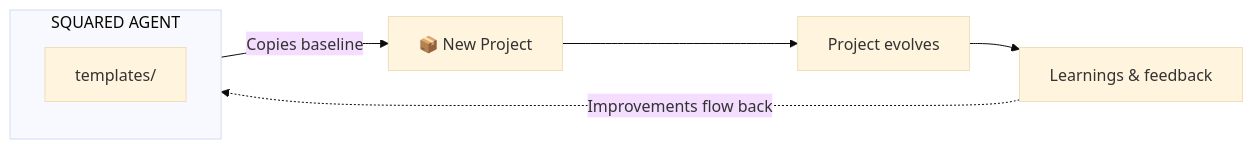
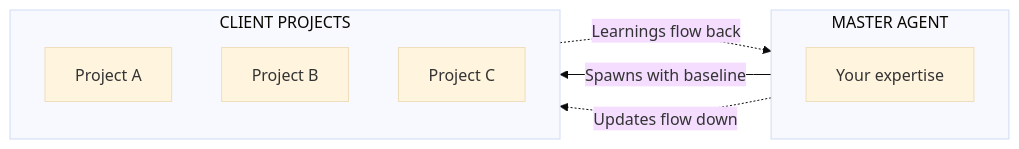
One commit to Squared-Lemons/Squared-Agent changed the eighth of 14 diagrams in README.md. Above: the diagram before and after it, drawn with Mermaid (base theme). The commit also changed other lines of this file and 38 other files, not shown here.

````diff
--- a/README.md
+++ b/README.md
@@ -219,11 +337,16 @@
 ```mermaid
 flowchart LR
-    subgraph SA["SQUARED AGENT"]
-        A["templates/"]
+    subgraph Master["MASTER AGENT"]
+        A["Your expertise"]
     end
 
-    SA -->|"Copies baseline"| B["📦 New Project"]
-    B --> C["Project evolves"]
-    C --> D["Learnings & feedback"]
-    D -.->|"Improvements flow back"| SA
+    subgraph Projects["CLIENT PROJECTS"]
+        B["Project A"]
+        C["Project B"]
+        D["Project C"]
+    end
+
+    Master -->|"Spawns with baseline"| Projects
+    Projects -.->|"Learnings flow back"| Master
+    Master -.->|"Updates flow down"| Projects
 ```
````
